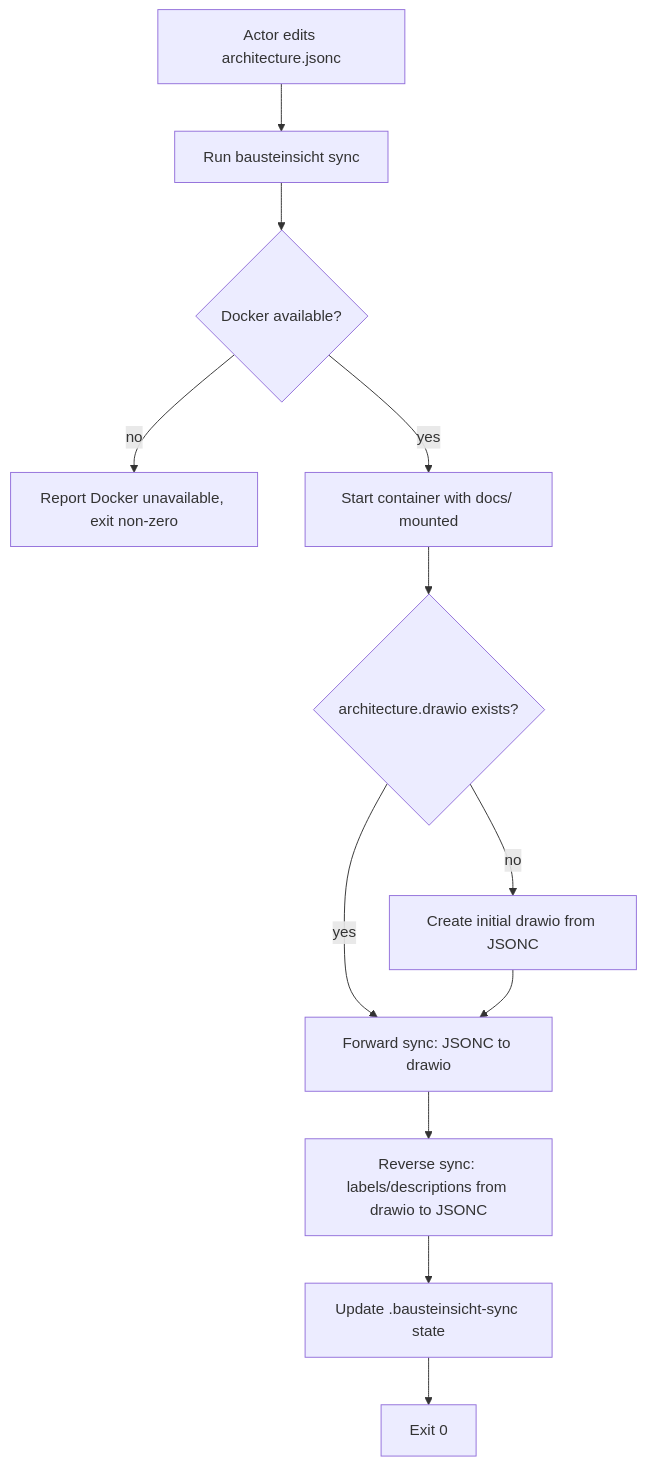
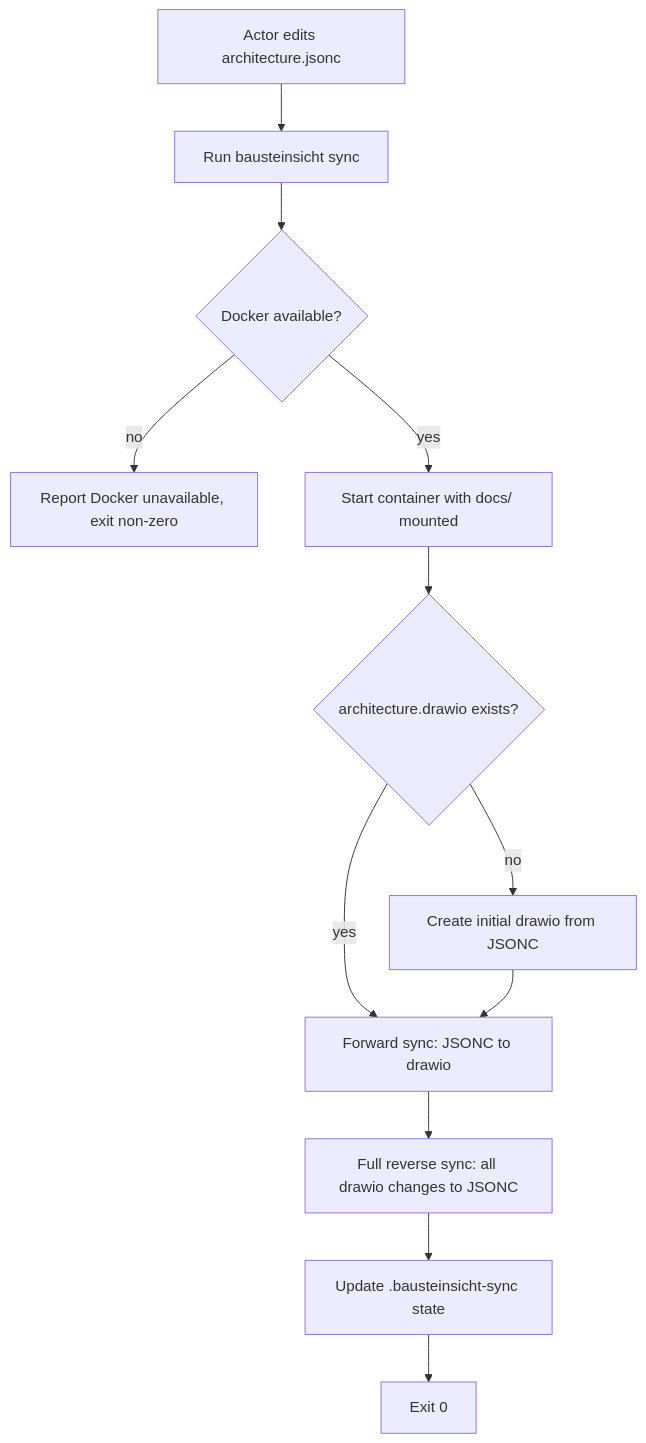
Before and after one commit to matthiasdaues/agent_factory: the diagram in docs/spec/use_cases/UC-13-synchronize-model-and-diagram.md, drawn with Mermaid. The commit also changed other lines of this file and 4 other files, not shown here.

````diff
--- a/docs/spec/use_cases/UC-13-synchronize-model-and-diagram.md
+++ b/docs/spec/use_cases/UC-13-synchronize-model-and-diagram.md
@@ -63,14 +64,14 @@
 ```mermaid
 flowchart TD
     A[Actor edits architecture.jsonc] --> B[Run bausteinsicht sync]
     B --> C{Docker available?}
     C -->|no| D[Report Docker unavailable, exit non-zero]
     C -->|yes| E[Start container with docs/ mounted]
     E --> F{architecture.drawio exists?}
     F -->|no| G[Create initial drawio from JSONC]
     F -->|yes| H[Forward sync: JSONC to drawio]
     G --> H
-    H --> I[Reverse sync: labels/descriptions from drawio to JSONC]
+    H --> I[Full reverse sync: all drawio changes to JSONC]
     I --> J[Update .bausteinsicht-sync state]
     J --> K[Exit 0]
 ```
````
